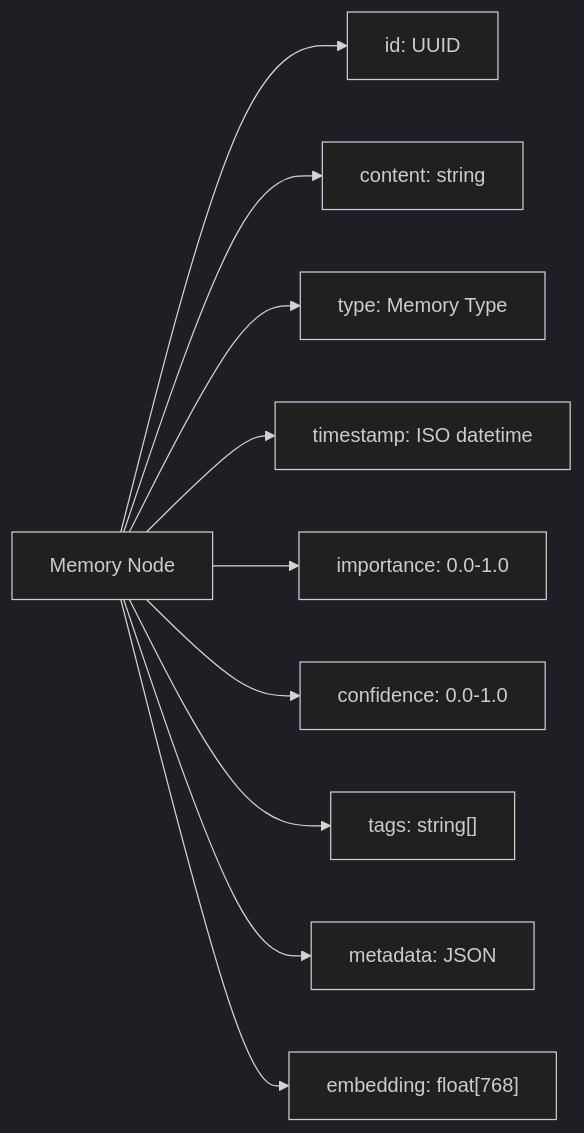
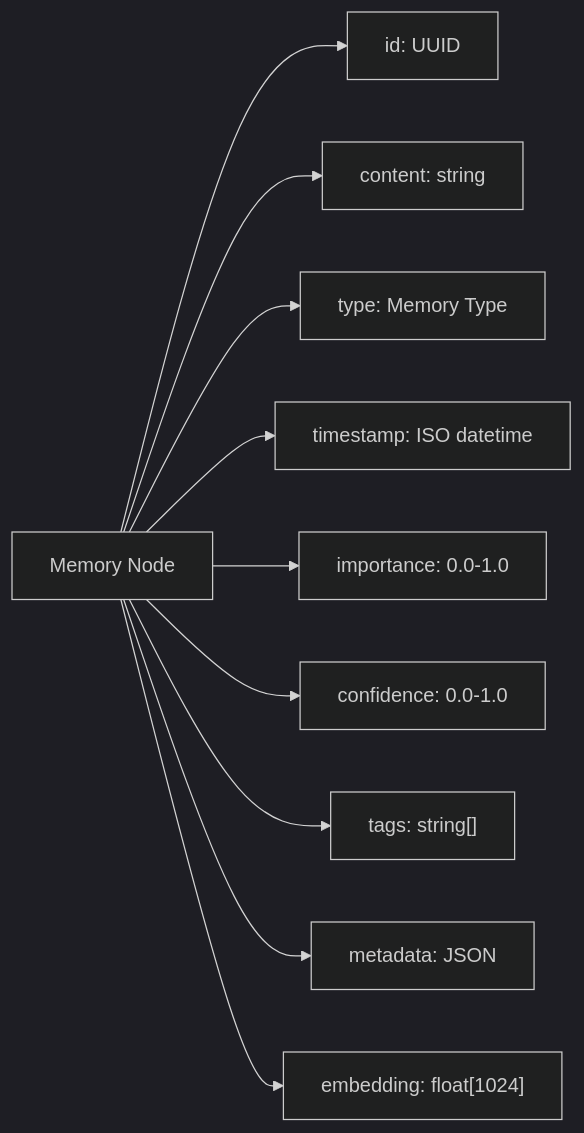
One commit to verygoodplugins/automem-website changed the first of 6 diagrams in src/content/docs/docs/core-concepts/memory-model.md. Above: the diagram before and after it, drawn with Mermaid (dark theme). The commit also changed other lines of this file and 48 other files, not shown here.

````diff
--- a/src/content/docs/docs/core-concepts/memory-model.md
+++ b/src/content/docs/docs/core-concepts/memory-model.md
@@ -24,13 +24,13 @@
 ```mermaid
 graph LR
     Memory["Memory Node"]
     Memory --> id["id: UUID"]
     Memory --> content["content: string"]
     Memory --> type["type: Memory Type"]
     Memory --> timestamp["timestamp: ISO datetime"]
     Memory --> importance["importance: 0.0-1.0"]
     Memory --> confidence["confidence: 0.0-1.0"]
     Memory --> tags["tags: string[]"]
     Memory --> metadata["metadata: JSON"]
-    Memory --> embedding["embedding: float[768]"]
+    Memory --> embedding["embedding: float[1024]"]
 ```
````
